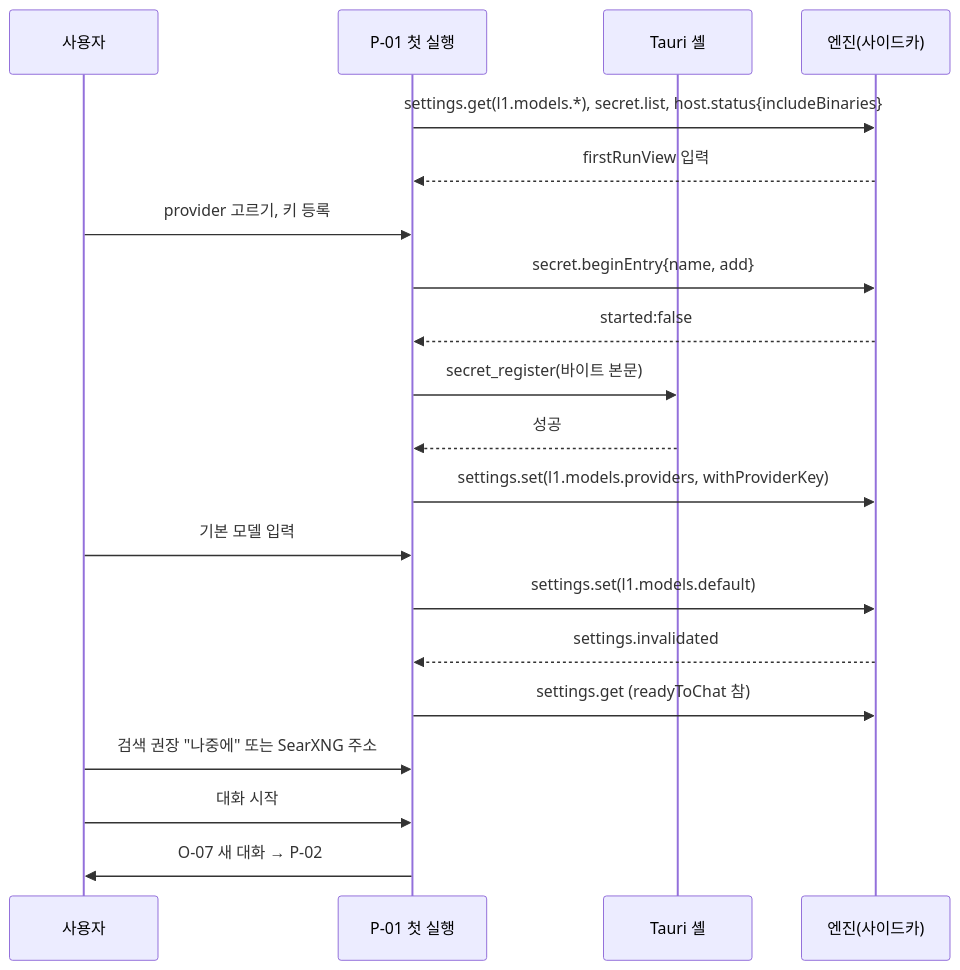
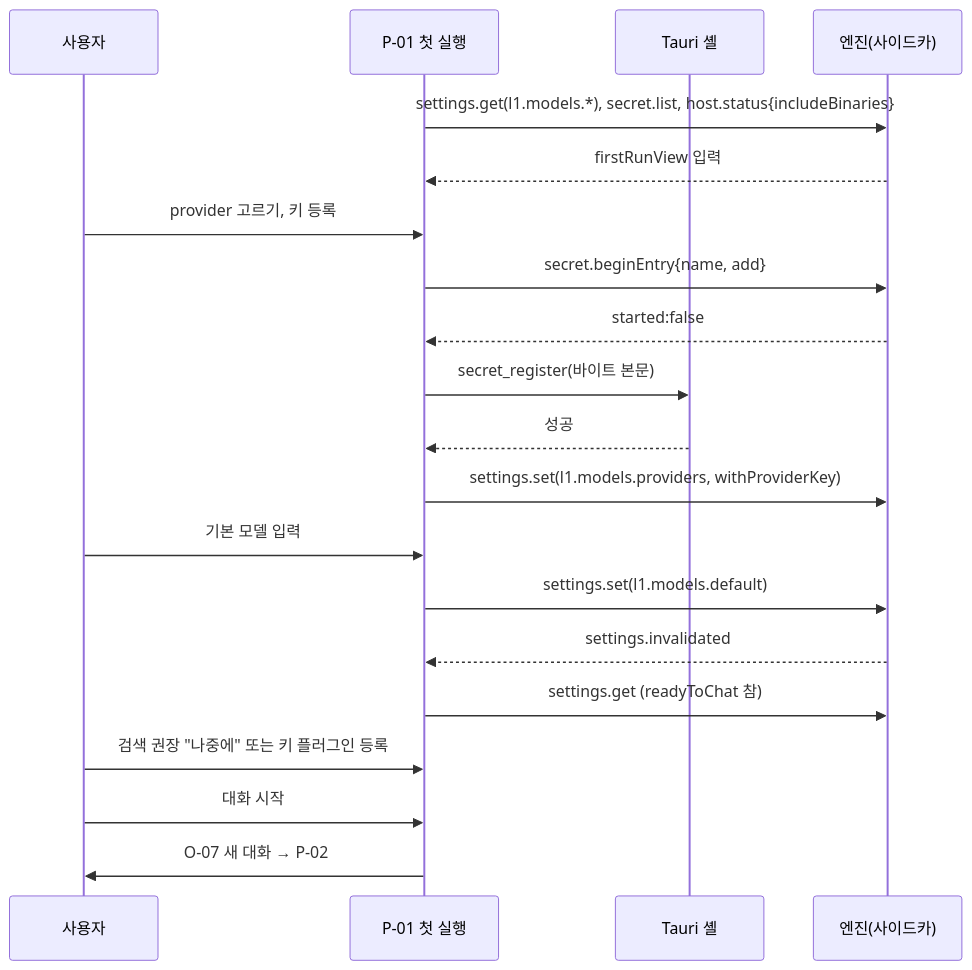
One commit to Rengod95/Helm-Agent_Docs_OS changed the first of 6 diagrams in docs/xeon/L4/desktop-ux/spec.md. Above: the diagram before and after it, drawn with Mermaid. The commit also changed other lines of this file and 19 other files, not shown here.

First line of the commit message:
fresnel(docs): SearXNG 제거 결정(B15)을 문서에 반영한다

````diff
--- a/docs/xeon/L4/desktop-ux/spec.md
+++ b/docs/xeon/L4/desktop-ux/spec.md
@@ -2523,22 +2519,22 @@
 ```mermaid
 sequenceDiagram
   participant U as 사용자
   participant V as P-01 첫 실행
   participant S as Tauri 셸
   participant H as 엔진(사이드카)
   V->>H: settings.get(l1.models.*), secret.list, host.status{includeBinaries}
   H-->>V: firstRunView 입력
   U->>V: provider 고르기, 키 등록
   V->>H: secret.beginEntry{name, add}
   H-->>V: started:false
   V->>S: secret_register(바이트 본문)
   S-->>V: 성공
   V->>H: settings.set(l1.models.providers, withProviderKey)
   U->>V: 기본 모델 입력
   V->>H: settings.set(l1.models.default)
   H-->>V: settings.invalidated
   V->>H: settings.get (readyToChat 참)
-  U->>V: 검색 권장 "나중에" 또는 SearXNG 주소
+  U->>V: 검색 권장 "나중에" 또는 키 플러그인 등록
   U->>V: 대화 시작
   V->>U: O-07 새 대화 → P-02
 ```
````
